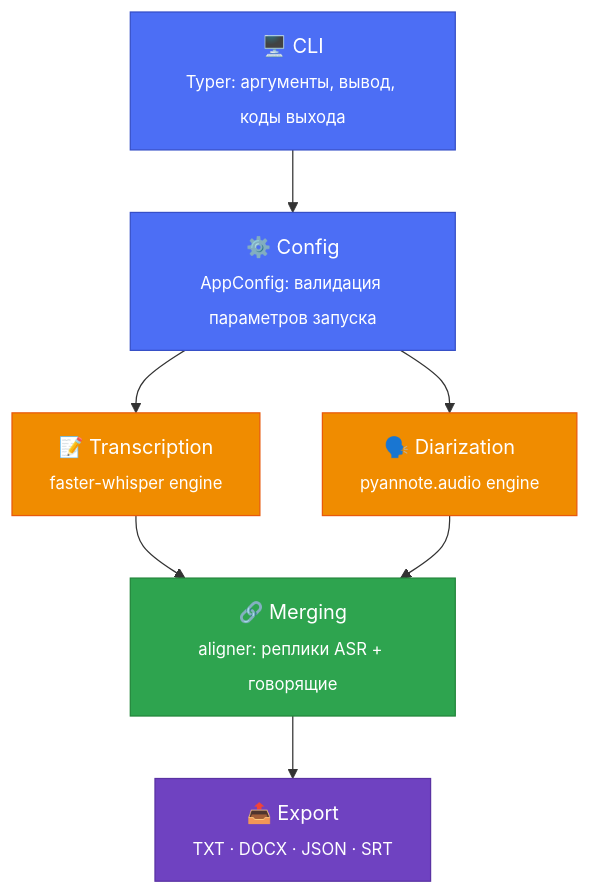
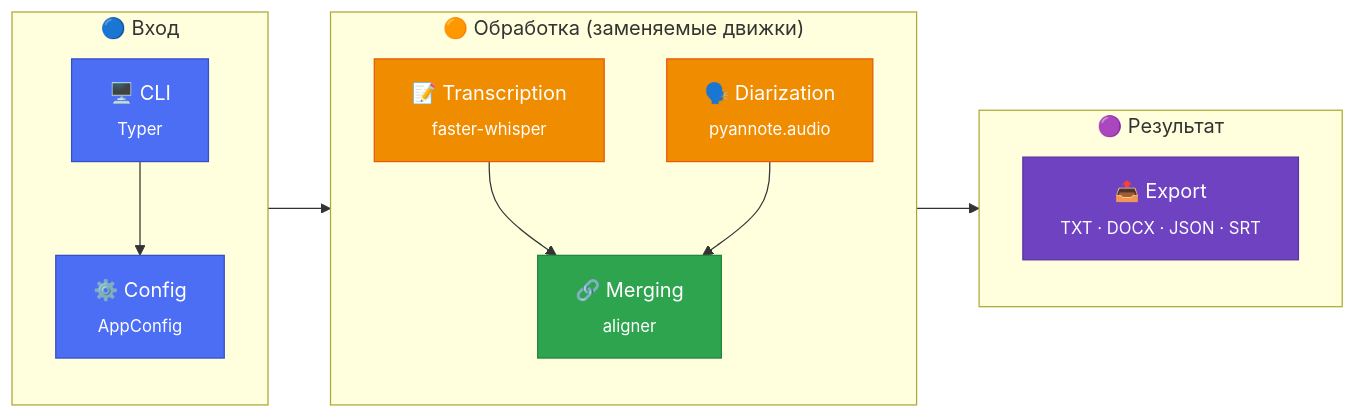
The diagram in README.md (nikit-starcev/PyAudioTranscriptor), drawn with Mermaid before and after one commit. The commit also changed other lines of this file, not shown here.

First line of the commit message:
docs(readme): добавлены содержание и раскрывающееся дерево каталогов, диаграмма архитектуры перегруппирована по стадиям

````diff
--- a/README.md
+++ b/README.md
@@ -323,26 +341,34 @@
 ```mermaid
-flowchart TD
-    CLI["🖥️ CLI<br/><sub>Typer: аргументы, вывод, коды выхода</sub>"]
-    Config["⚙️ Config<br/><sub>AppConfig: валидация параметров запуска</sub>"]
-    Transcription["📝 Transcription<br/><sub>faster-whisper engine</sub>"]
-    Diarization["🗣️ Diarization<br/><sub>pyannote.audio engine</sub>"]
-    Merging["🔗 Merging<br/><sub>aligner: реплики ASR + говорящие</sub>"]
-    Export["📤 Export<br/><sub>TXT · DOCX · JSON · SRT</sub>"]
+flowchart LR
+    subgraph input["🔵 Вход"]
+        direction TB
+        CLI["🖥️ CLI<br/><sub>Typer</sub>"]
+        Config["⚙️ Config<br/><sub>AppConfig</sub>"]
+        CLI --> Config
+    end
 
-    CLI --> Config
-    Config --> Transcription
-    Config --> Diarization
-    Transcription --> Merging
-    Diarization --> Merging
-    Merging --> Export
+    subgraph processing["🟠 Обработка (заменяемые движки)"]
+        direction TB
+        Transcription["📝 Transcription<br/><sub>faster-whisper</sub>"]
+        Diarization["🗣️ Diarization<br/><sub>pyannote.audio</sub>"]
+        Merging["🔗 Merging<br/><sub>aligner</sub>"]
+        Transcription --> Merging
+        Diarization --> Merging
+    end
+
+    subgraph output["🟣 Результат"]
+        Export["📤 Export<br/><sub>TXT · DOCX · JSON · SRT</sub>"]
+    end
+
+    input --> processing --> output
 
     classDef entry fill:#4C6EF5,color:#fff,stroke:#364FC7;
     classDef swappable fill:#F08C00,color:#fff,stroke:#E8590C;
     classDef core fill:#2EA44F,color:#fff,stroke:#22863A;
-    classDef output fill:#6F42C1,color:#fff,stroke:#5A32A3;
+    classDef outputNode fill:#6F42C1,color:#fff,stroke:#5A32A3;
 
     class CLI,Config entry;
     class Transcription,Diarization swappable;
     class Merging core;
-    class Export output;
+    class Export outputNode;
 ```
````
